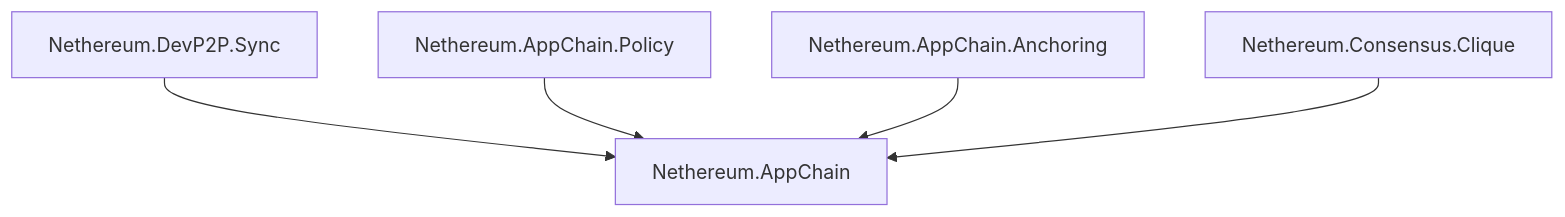
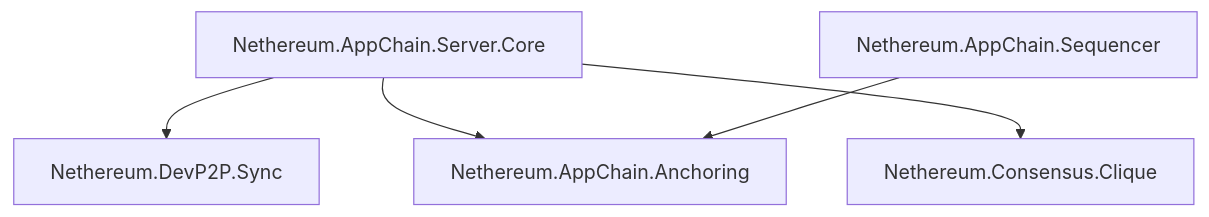
Before and after one commit to Nethereum/Nethereum.Documentation: the tenth of 21 diagrams in docs/architecture.md, drawn with Mermaid. The commit also changed 2 other files, not shown here.

````diff
--- a/docs/architecture.md
+++ b/docs/architecture.md
@@ -214,8 +214,7 @@
 ```mermaid
 graph TD
-    DevP2PSync["Nethereum.DevP2P.Sync"] --> AppChain["Nethereum.AppChain"]
-
-    Policy["Nethereum.AppChain.Policy"] --> AppChain
-    Anchoring["Nethereum.AppChain.Anchoring"] --> AppChain
-    Clique["Nethereum.Consensus.Clique"] --> AppChain
+    ServerCore["Nethereum.AppChain.Server.Core"] --> DevP2PSync["Nethereum.DevP2P.Sync"]
+    ServerCore --> Anchoring["Nethereum.AppChain.Anchoring"]
+    ServerCore --> Clique["Nethereum.Consensus.Clique"]
+    Sequencer["Nethereum.AppChain.Sequencer"] --> Anchoring
 ```
````
